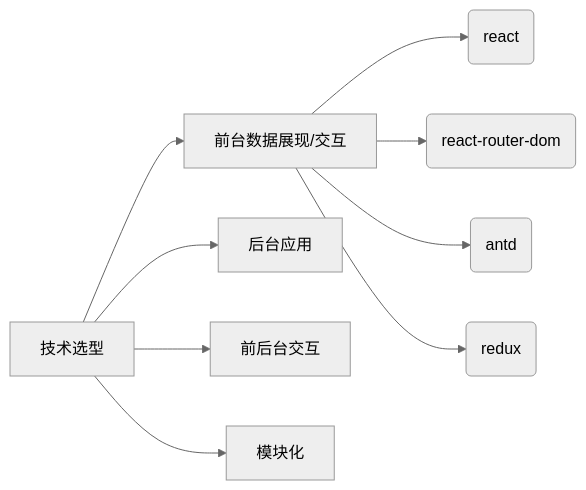
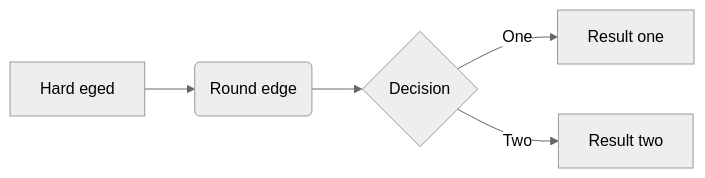
The diagram in HeiMa/README.md (Lizhhhh/L-rn), drawn with Mermaid (neutral theme) before and after one commit.

Commit message:
markdown使用测试(1)

`````diff
--- a/HeiMa/README.md
+++ b/HeiMa/README.md
@@ -514,11 +514,7 @@
-````mermaid
+```mermaid
 graph LR
-A[技术选型] --> B[前台数据展现/交互]
- A --> C[后台应用]
- A --> D[前后台交互]
- A --> E[模块化]
- B --> B1(react)
- B --> B2(react-router-dom)
- B --> B3(antd)
- B --> B4(redux)
-````
+A[Hard eged] --> B(Round edge)
+  B --> C{Decision}
+  C --> |One| D[Result one]
+  C --> |Two| E[Result two]
+```
`````
